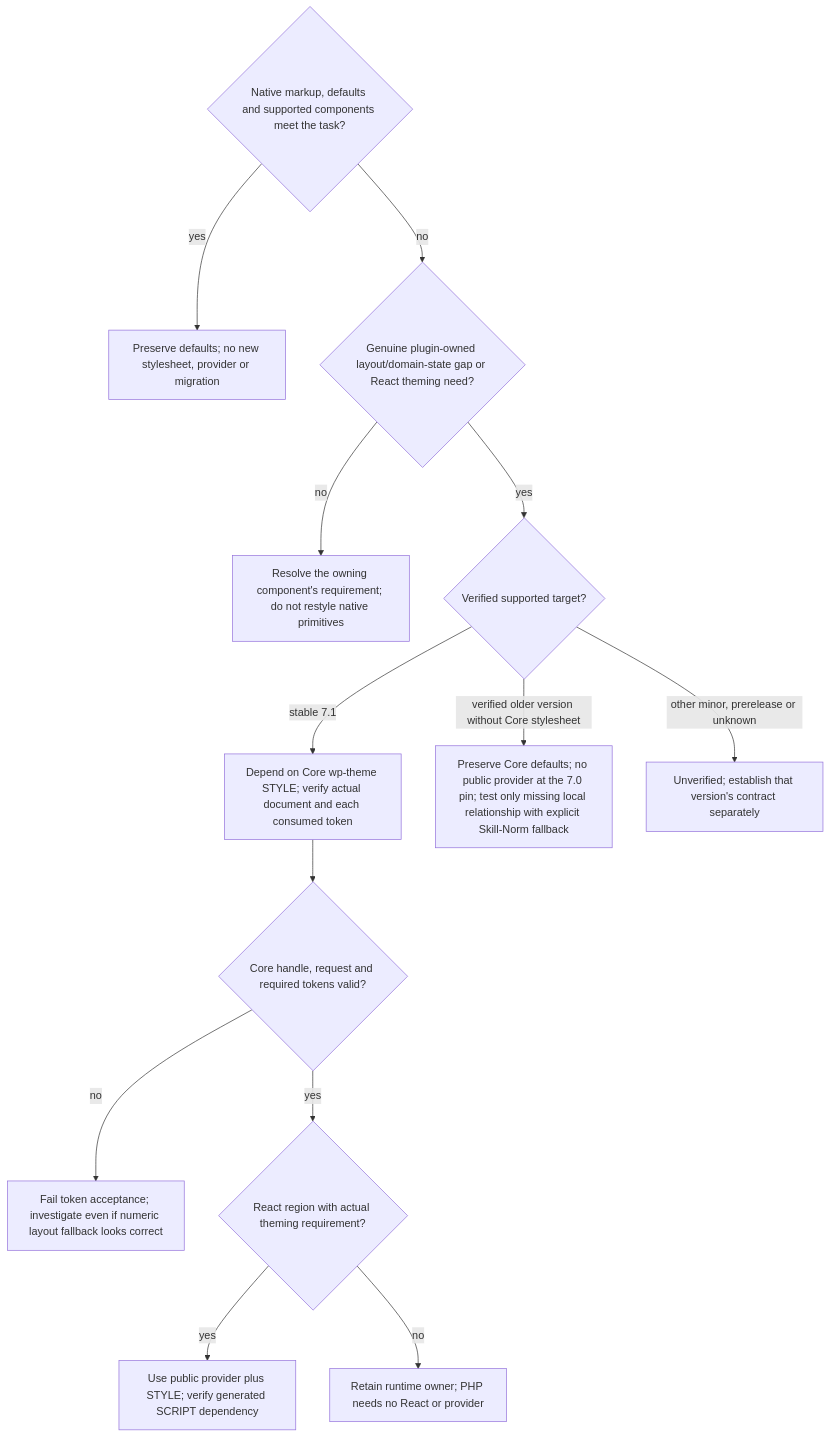
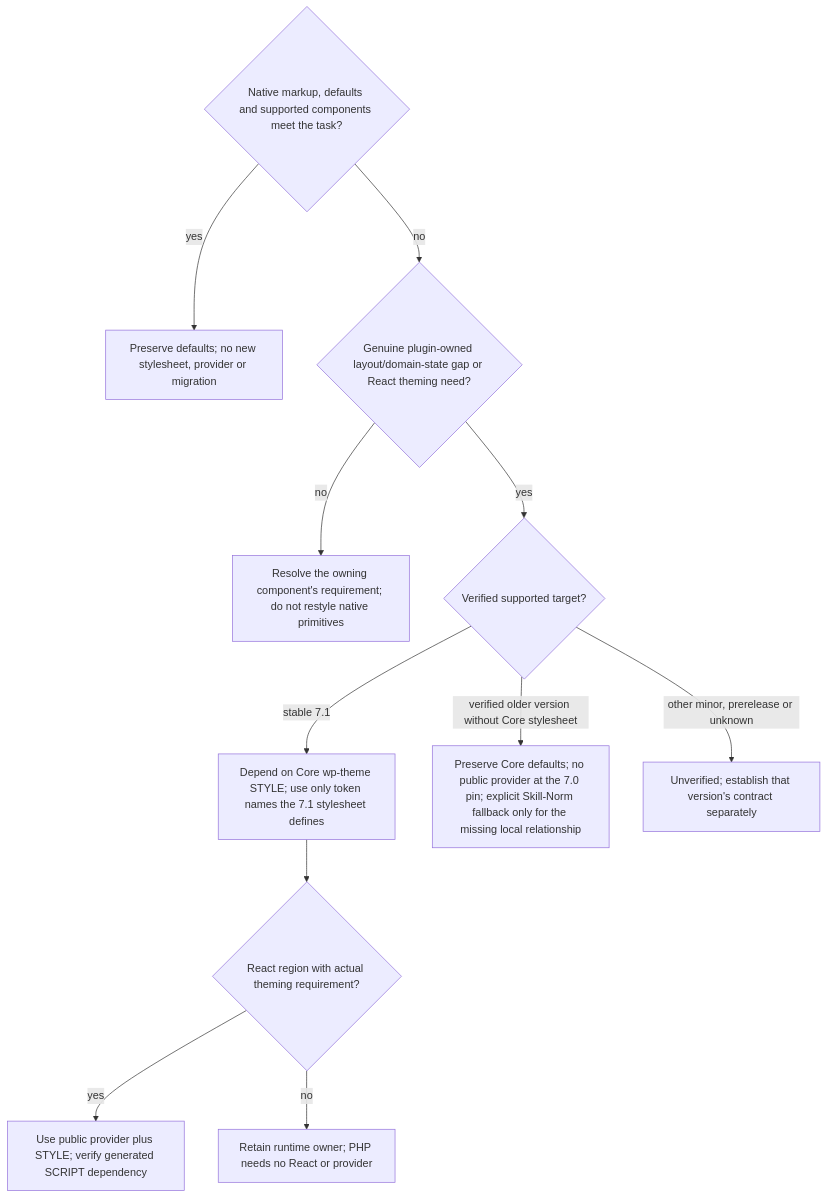
The diagram in packages/scoville-ui/scoville-ui/references/wordpress/version-compatibility.md (benjaminstelzer/scoville-suite-for-codex-mainloop), drawn with Mermaid before and after one commit. The commit also changed other lines of this file and 183 other files, not shown here.

````diff
--- a/packages/scoville-ui/scoville-ui/references/wordpress/version-compatibility.md
+++ b/packages/scoville-ui/scoville-ui/references/wordpress/version-compatibility.md
@@ -32,16 +32,14 @@
 ```mermaid
 flowchart TD
   native{"Native markup, defaults and supported components meet the task?"}
   native -->|yes| keep["Preserve defaults; no new stylesheet, provider or migration"]
   native -->|no| need{"Genuine plugin-owned layout/domain-state gap or React theming need?"}
   need -->|no| owner["Resolve the owning component's requirement; do not restyle native primitives"]
   need -->|yes| version{"Verified supported target?"}
-  version -->|stable 7.1| tokens["Depend on Core wp-theme STYLE; verify actual document and each consumed token"]
-  tokens --> valid{"Core handle, request and required tokens valid?"}
-  valid -->|no| fail["Fail token acceptance; investigate even if numeric layout fallback looks correct"]
-  valid -->|yes| react{"React region with actual theming requirement?"}
+  version -->|stable 7.1| tokens["Depend on Core wp-theme STYLE; use only token names the 7.1 stylesheet defines"]
+  tokens --> react{"React region with actual theming requirement?"}
   react -->|yes| provider["Use public provider plus STYLE; verify generated SCRIPT dependency"]
   react -->|no| done["Retain runtime owner; PHP needs no React or provider"]
-  version -->|verified older version without Core stylesheet| fallback["Preserve Core defaults; no public provider at the 7.0 pin; test only missing local relationship with explicit Skill-Norm fallback"]
+  version -->|verified older version without Core stylesheet| fallback["Preserve Core defaults; no public provider at the 7.0 pin; explicit Skill-Norm fallback only for the missing local relationship"]
   version -->|other minor, prerelease or unknown| unverified["Unverified; establish that version's contract separately"]
 ```
````
